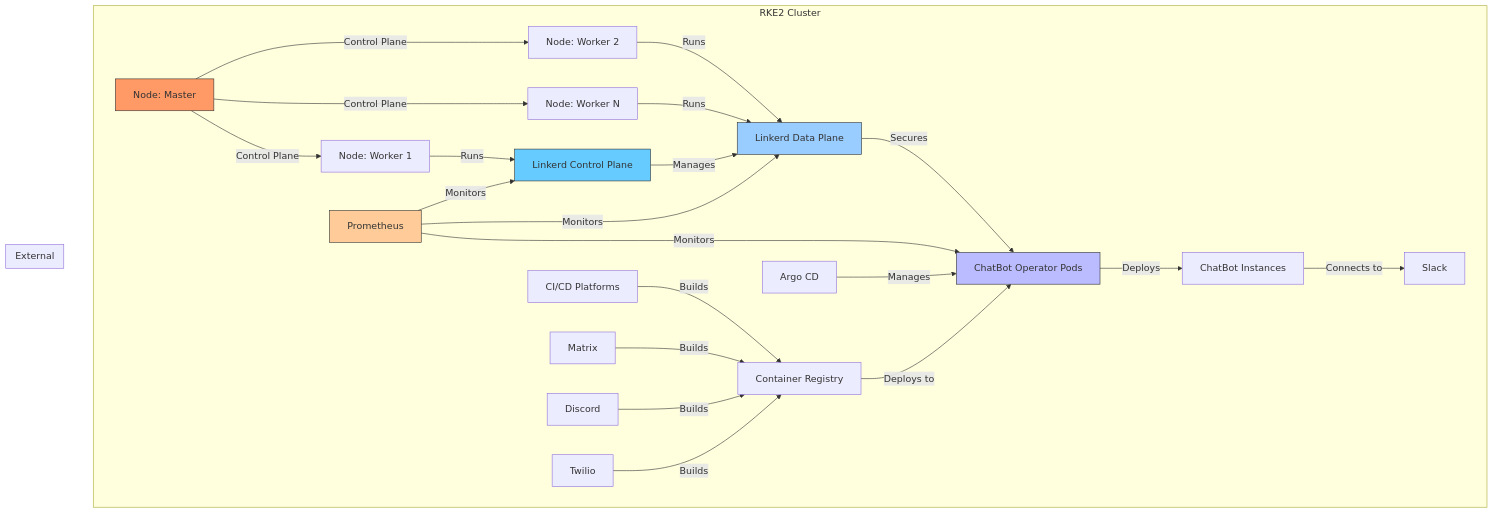
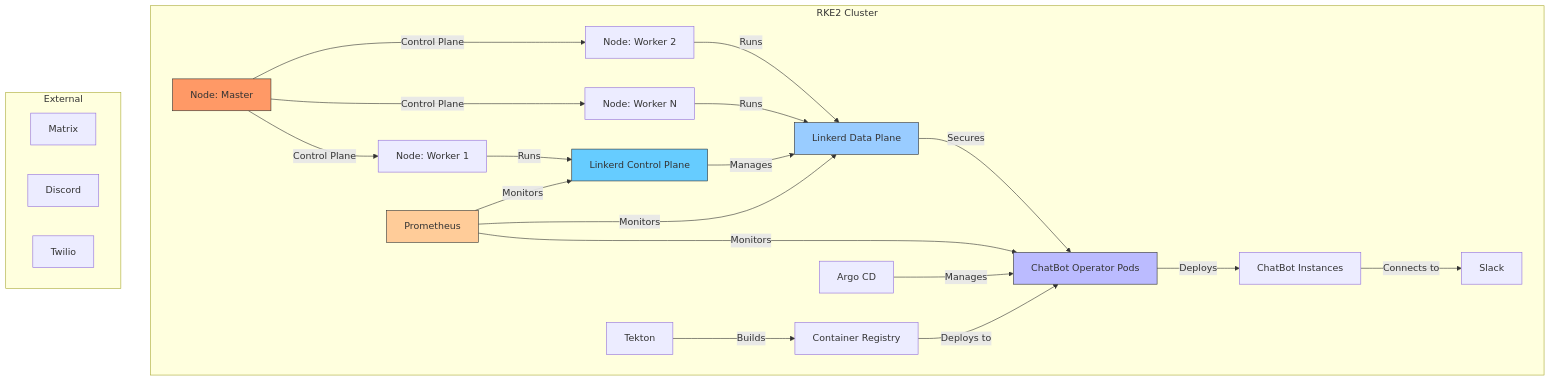
The seventh of 17 diagrams in docs/diagrams.md (FruityWelsh/bot-maker), drawn with Mermaid before and after one commit. The commit also changed other lines of this file and 8 other files, not shown here.

````diff
--- a/docs/diagrams.md
+++ b/docs/diagrams.md
@@ -280,42 +277,39 @@
 ```mermaid
 graph TD
     subgraph RKE2 Cluster
         A[Node: Master] -->|Control Plane| B[Node: Worker 1]
         A -->|Control Plane| C[Node: Worker 2]
         A -->|Control Plane| D[Node: Worker N]
         
         B -->|Runs| E[Linkerd Control Plane]
         C -->|Runs| F[Linkerd Data Plane]
         D -->|Runs| F
         
         E -->|Manages| F
         F -->|Secures| G[ChatBot Operator Pods]
         
         G -->|Deploys| H[ChatBot Instances]
         H -->|Connects to| I[Chat Platforms]
         
         J[Prometheus] -->|Monitors| G
         J -->|Monitors| F
         J -->|Monitors| E
         
         K[Argo CD] -->|Manages| G
-        L[CI/CD Platforms] -->|Builds| M[Container Registry]
+        L[Tekton] -->|Builds| M[Container Registry]
         M -->|Deploys to| G
-        N[GitHub Actions] -->|Builds| M
-        O[GitLab CI] -->|Builds| M
-        P[Tekton] -->|Builds| M
     end
     
     subgraph External
         I[Slack]
         N[Matrix]
         O[Discord]
         P[Twilio]
     end
     
     style A fill:#f96,stroke:#333
     style E fill:#6cf,stroke:#333
     style F fill:#9cf,stroke:#333
     style G fill:#bbf,stroke:#333
     style J fill:#fc9,stroke:#333
 ```
````
